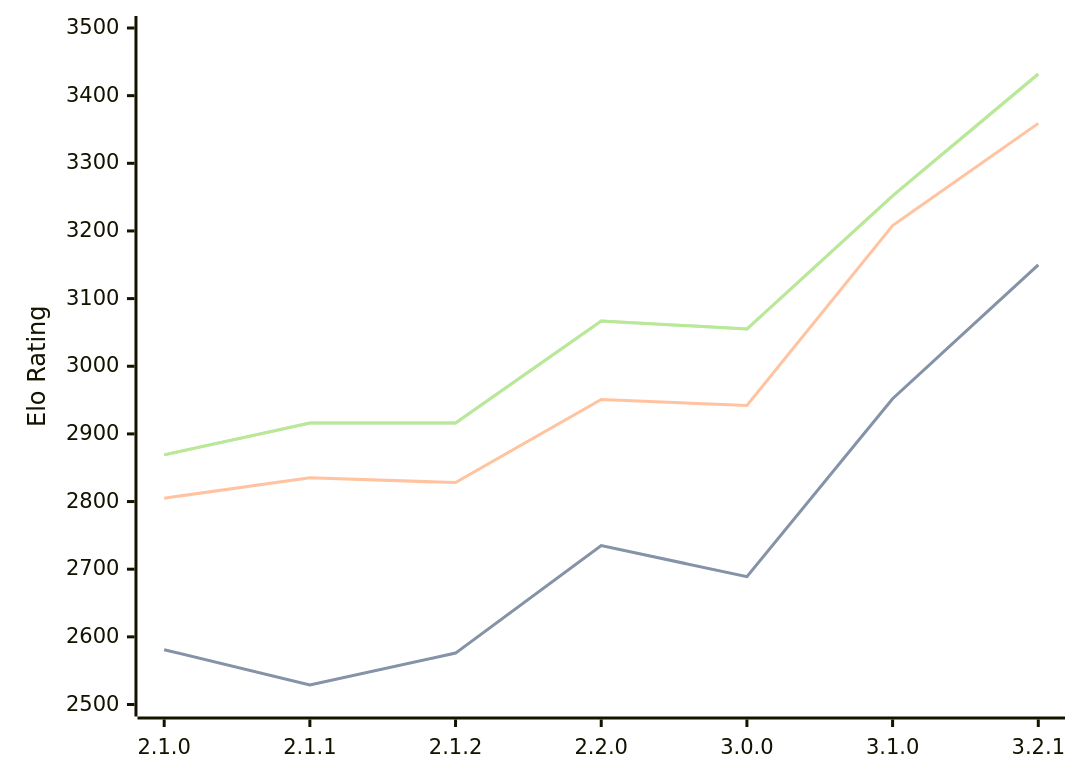
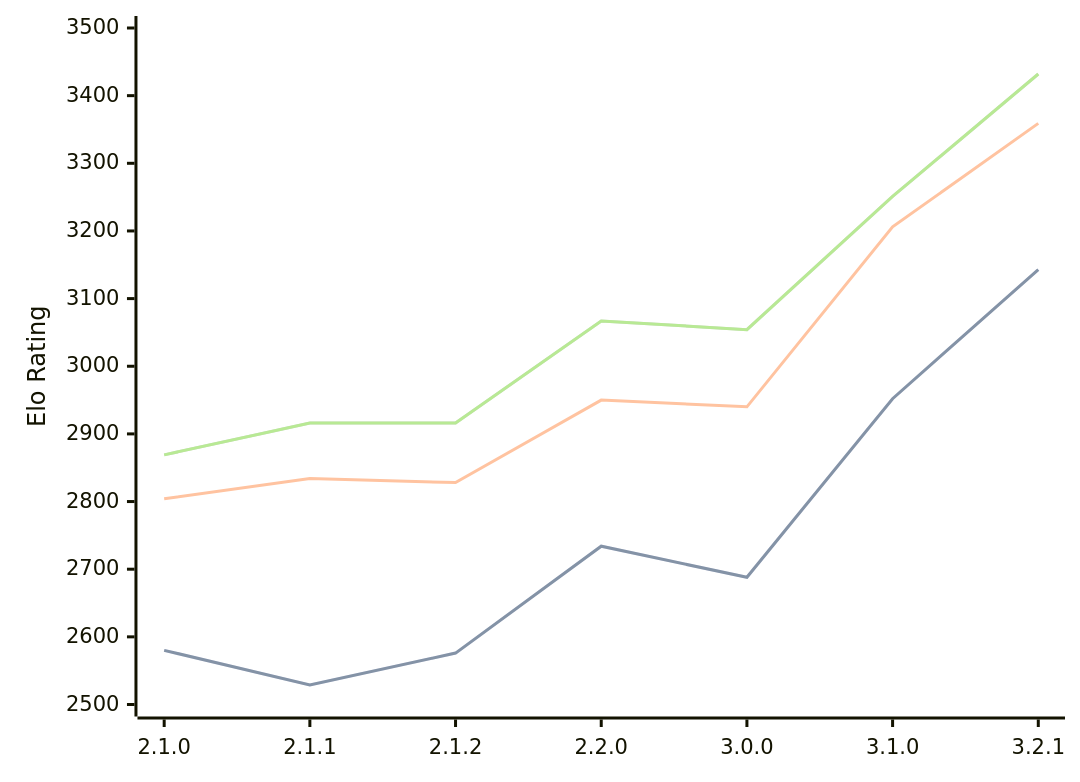
One commit to computer-chess-index/cci changed the diagram in engines/Prune.md. Above: the diagram before and after it, drawn with Mermaid. The commit also changed other lines of this file, not shown here.

Commit message:
Update CCI Ratings (ELO VLTC) - 2026-03-04

````diff
--- a/engines/Prune.md
+++ b/engines/Prune.md
@@ -40,11 +40,11 @@
 ```mermaid
 %%{init: {"theme":"base","themeVariables":{"seriesColors:['#a3a3a3','#222221','#faa371']}}}%%
 xychart-beta
   x-axis ["2.1.0", "2.1.1", "2.1.2", "2.2.0", "3.0.0", "3.1.0", "3.2.1"]
   y-axis "Elo Rating" 2500 --> 3500
-  line "STC (8.0+0.08s)" [2581, 2529, 2576, 2735, 2689, 2952, 3150]
-  line "STC (8.0+0.08s)" [2581, 2529, 2576, 2735, 2689, 2952, 3150]
-  line "LTC (60.0+0.60s)" [2805, 2835, 2828, 2951, 2942, 3208, 3359]
-  line "VLTC (2m24s+1.12s)" [2869, 2916, 2916, 3067, 3055, 3252, 3432]
-  line "VLTC (2m24s+1.12s)" [2869, 2916, 2916, 3067, 3055, 3252, 3432]
+  line "STC (8.0+0.08s)" [2580, 2529, 2576, 2734, 2688, 2952, 3143]
+  line "STC (8.0+0.08s)" [2580, 2529, 2576, 2734, 2688, 2952, 3143]
+  line "LTC (60.0+0.60s)" [2804, 2834, 2828, 2950, 2940, 3206, 3359]
+  line "VLTC (2m24s+1.12s)" [2869, 2916, 2916, 3067, 3054, 3251, 3432]
+  line "VLTC (2m24s+1.12s)" [2869, 2916, 2916, 3067, 3054, 3251, 3432]
 ```
````
